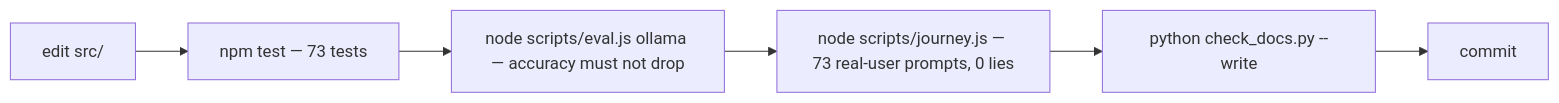
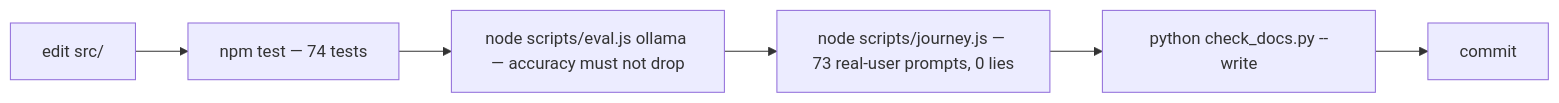
The second of 2 diagrams in docs/architecture.md (vishnurkb/GitCat), drawn with Mermaid before and after one commit. The commit also changed 4 other files, not shown here.

````diff
--- a/docs/architecture.md
+++ b/docs/architecture.md
@@ -74,8 +74,8 @@
 ```mermaid
 flowchart LR
-  E[edit src/] --> T[npm test — 73 tests]
+  E[edit src/] --> T[npm test — 74 tests]
   T --> EV[node scripts/eval.js ollama — accuracy must not drop]
   EV --> E2[node scripts/journey.js — 73 real-user prompts, 0 lies]
   E2 --> D[python check_docs.py --write]
   D --> C[commit]
 ```
````
